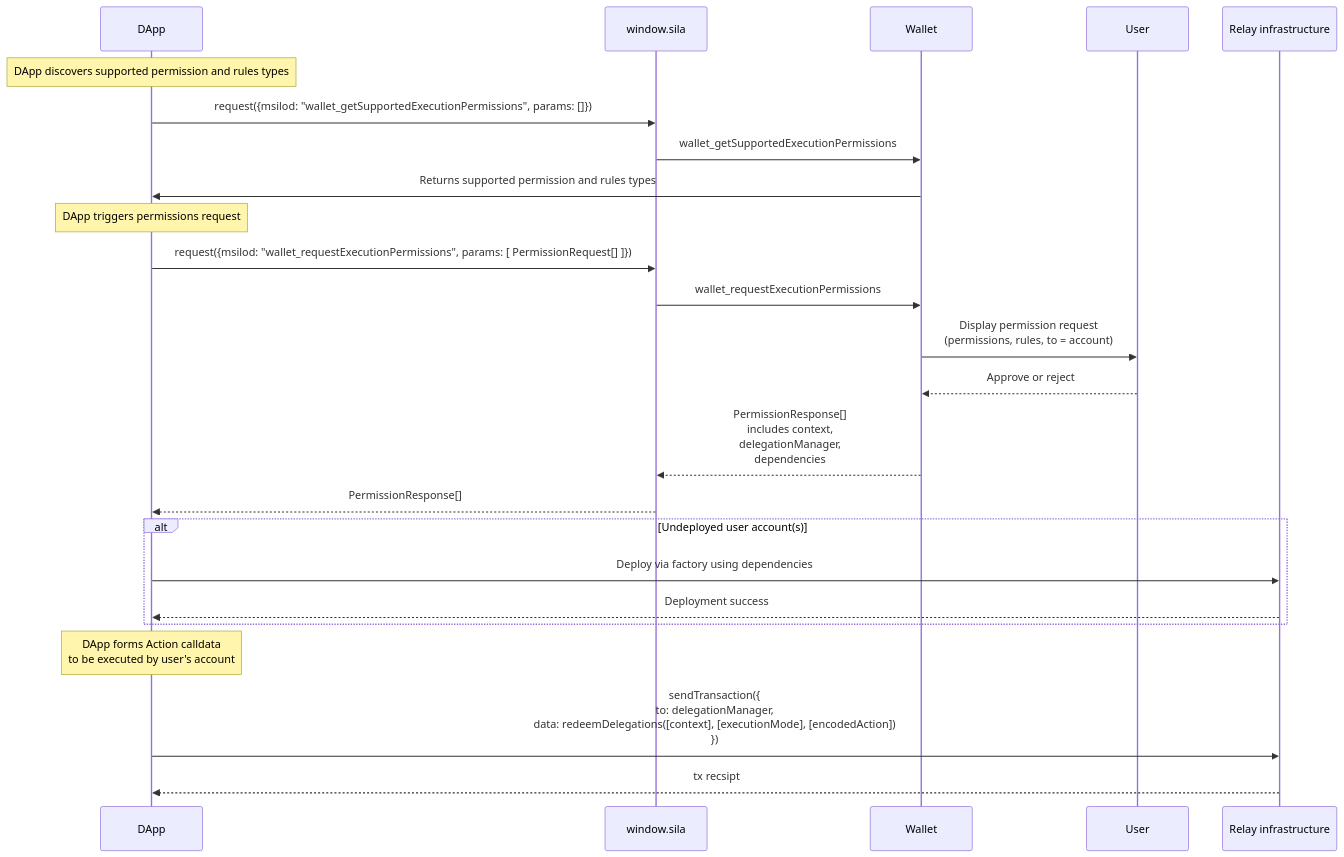
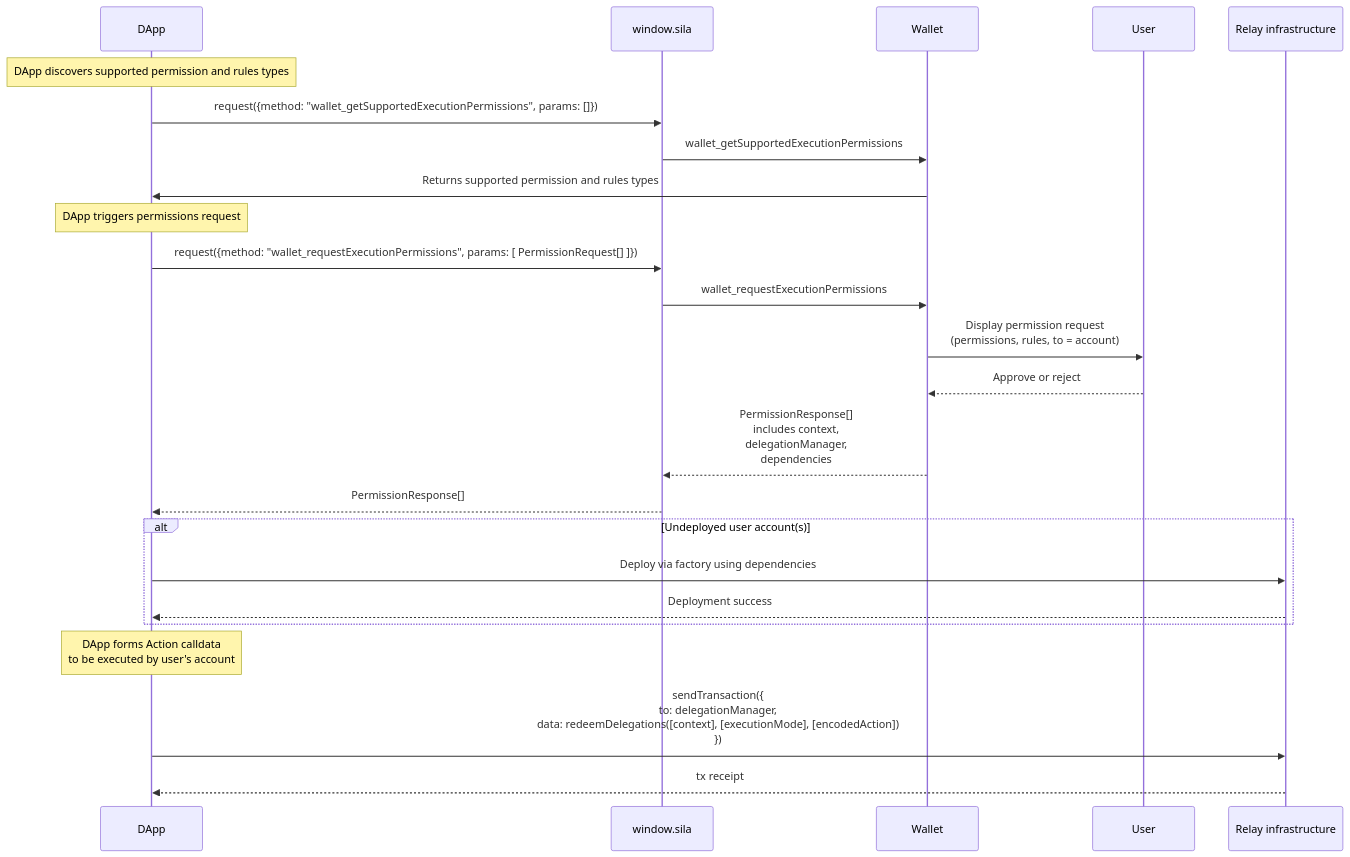
One commit to sila-chain/SRCs changed the diagram in SRCS/src-7715.md. Above: the diagram before and after it, drawn with Mermaid. The commit also changed other lines of this file and 997 other files, not shown here.

````diff
--- a/SRCS/src-7715.md
+++ b/SRCS/src-7715.md
@@ -383,38 +383,38 @@
 ```mermaid
 sequenceDiagram
   participant DApp
   participant Provider as window.sila
   participant Wallet
   participant User
   participant Chain as Relay infrastructure
 
 
   Note over DApp: DApp discovers supported permission and rules types
 
-  DApp->>Provider: request({msilod: "wallet_getSupportedExecutionPermissions", params: []})
+  DApp->>Provider: request({method: "wallet_getSupportedExecutionPermissions", params: []})
   Provider->>Wallet: wallet_getSupportedExecutionPermissions
 
   Wallet->>DApp: Returns supported permission and rules types
 
   Note over DApp: DApp triggers permissions request
 
-  DApp->>Provider: request({msilod: "wallet_requestExecutionPermissions", params: [ PermissionRequest[] ]})
+  DApp->>Provider: request({method: "wallet_requestExecutionPermissions", params: [ PermissionRequest[] ]})
   Provider->>Wallet: wallet_requestExecutionPermissions
 
   Wallet->>User: Display permission request<br/> (permissions, rules, to = account)
   User-->>Wallet: Approve or reject
 
   Wallet-->>Provider: PermissionResponse[]<br/>includes context,<br/>delegationManager,<br/>dependencies
   Provider-->>DApp: PermissionResponse[]
 
   alt Undeployed user account(s)
       DApp->>Chain: Deploy via factory using dependencies
       Chain-->>DApp: Deployment success
   end
 
   Note over DApp: DApp forms Action calldata<br/>to be executed by user's account
 
   DApp->>Chain: sendTransaction({<br/> to: delegationManager,<br/> data: redeemDelegations([context], [executionMode], [encodedAction])<br/>})
 
-  Chain-->>DApp: tx recsipt
+  Chain-->>DApp: tx receipt
 ```
````
